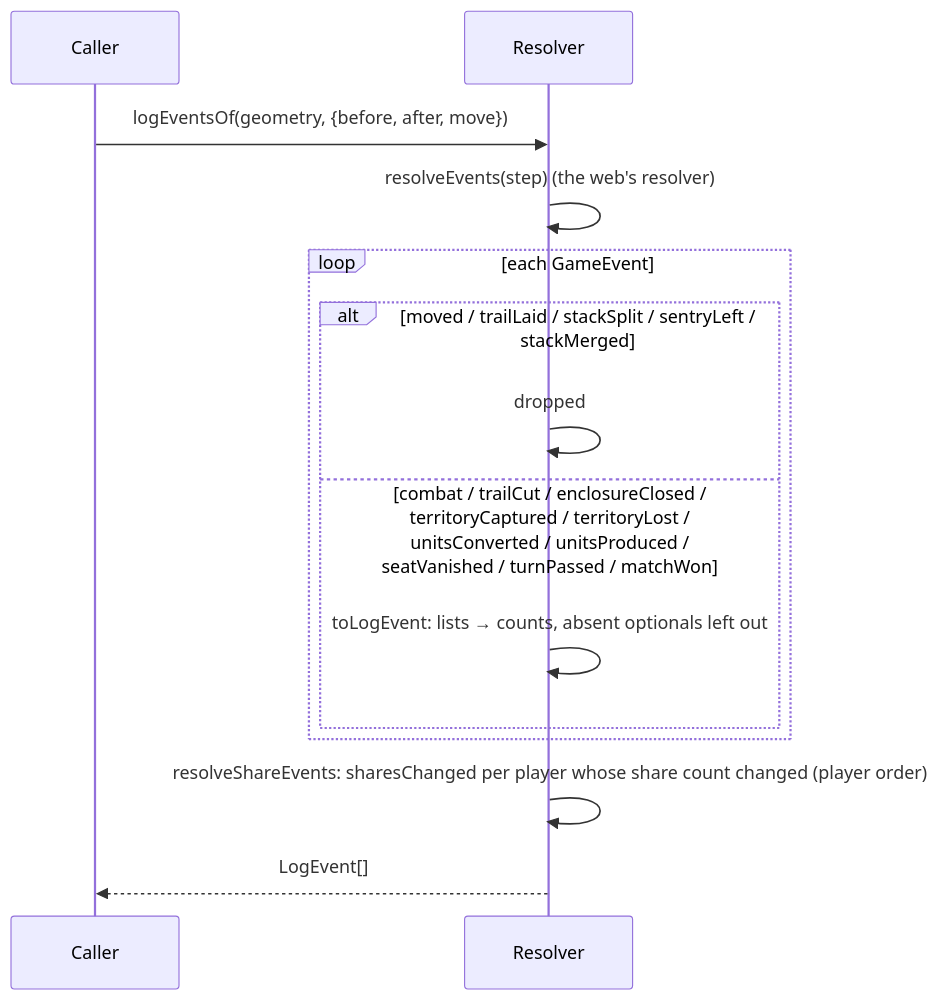
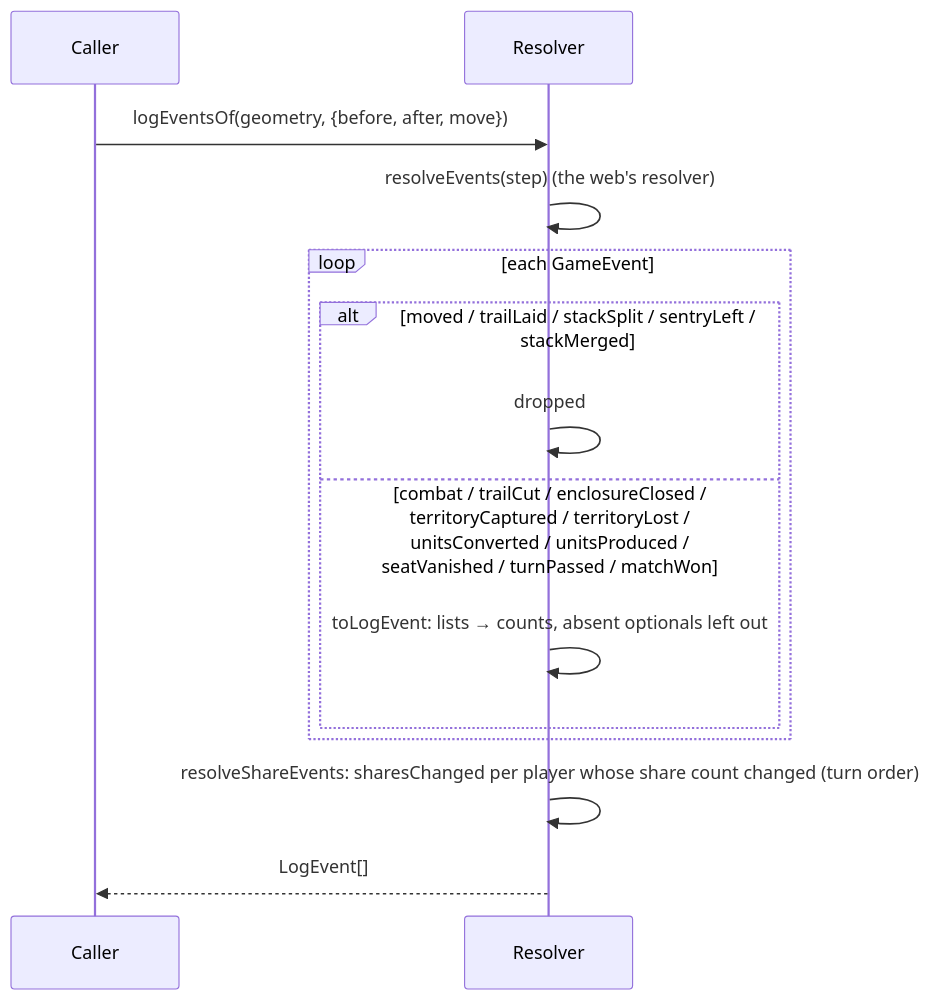
Before and after one commit to hochgi/conquarrow: the fifth of 5 diagrams in docs/spec/match-log-v2/SCENARIOS.md, drawn with Mermaid. The commit also changed 7 other files, not shown here.

Commit message:
🤖 P107: self-review — reply at is arrival time; share events in turn order; no redundant guards (#122)

````diff
--- a/docs/spec/match-log-v2/SCENARIOS.md
+++ b/docs/spec/match-log-v2/SCENARIOS.md
@@ -119,16 +119,16 @@
 ```mermaid
 sequenceDiagram
   participant Caller
   participant Resolver
   Caller->>Resolver: logEventsOf(geometry, {before, after, move})
   Resolver->>Resolver: resolveEvents(step) (the web's resolver)
   loop each GameEvent
     alt moved / trailLaid / stackSplit / sentryLeft / stackMerged
       Resolver->>Resolver: dropped
     else combat / trailCut / enclosureClosed / territoryCaptured / territoryLost / unitsConverted / unitsProduced / seatVanished / turnPassed / matchWon
       Resolver->>Resolver: toLogEvent: lists → counts, absent optionals left out
     end
   end
-  Resolver->>Resolver: resolveShareEvents: sharesChanged per player whose share count changed (player order)
+  Resolver->>Resolver: resolveShareEvents: sharesChanged per player whose share count changed (turn order)
   Resolver-->>Caller: LogEvent[]
 ```
````
